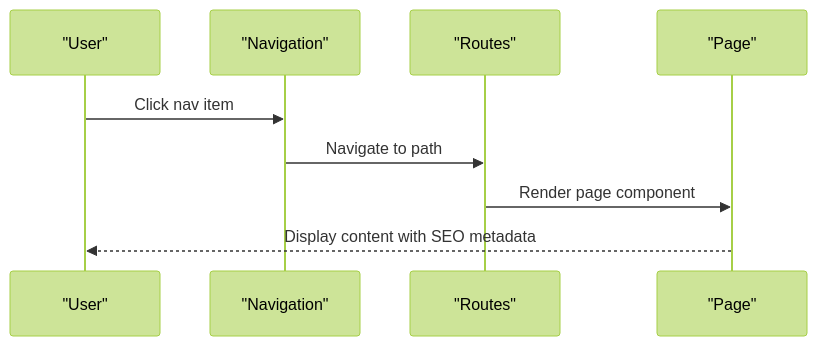
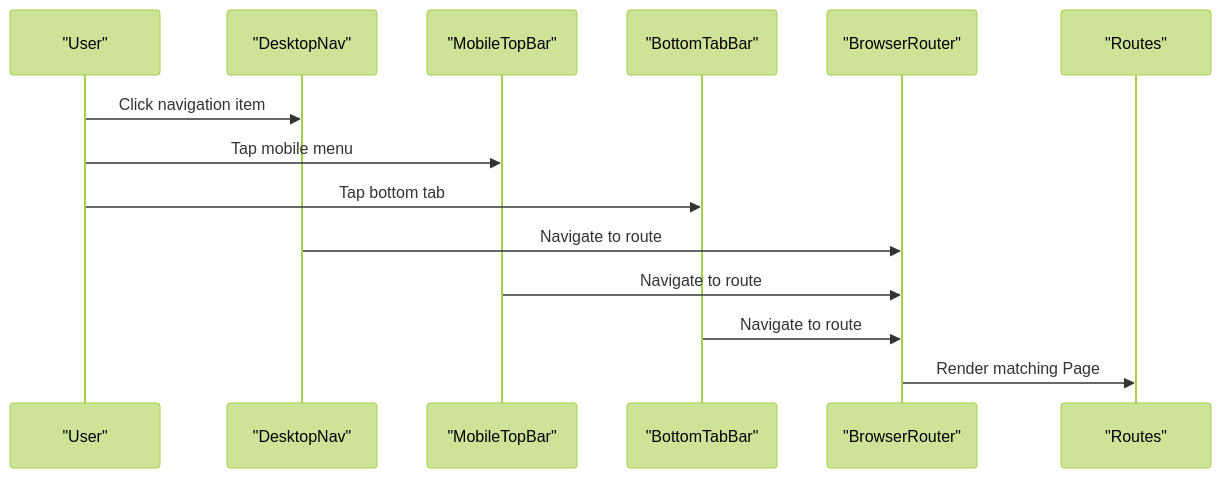
One commit to cheesiong/WC26-qwen changed the third of 11 diagrams in .qoder/repowiki/en/content/Frontend Application/Frontend Application.md. Above: the diagram before and after it, drawn with Mermaid (forest theme). The commit also changed other lines of this file and 181 other files, not shown here.

````diff
--- a/.qoder/repowiki/en/content/Frontend Application/Frontend Application.md
+++ b/.qoder/repowiki/en/content/Frontend Application/Frontend Application.md
@@ -254,11 +173,16 @@
 ```mermaid
 sequenceDiagram
 participant U as "User"
-participant N as "Navigation"
+participant D as "DesktopNav"
+participant M as "MobileTopBar"
+participant BT as "BottomTabBar"
+participant BR as "BrowserRouter"
 participant R as "Routes"
-participant P as "Page"
-U->>N : Click nav item
-N->>R : Navigate to path
-R->>P : Render page component
-P-->>U : Display content with SEO metadata
+U->>D : Click navigation item
+U->>M : Tap mobile menu
+U->>BT : Tap bottom tab
+D->>BR : Navigate to route
+M->>BR : Navigate to route
+BT->>BR : Navigate to route
+BR->>R : Render matching Page
 ```
````
